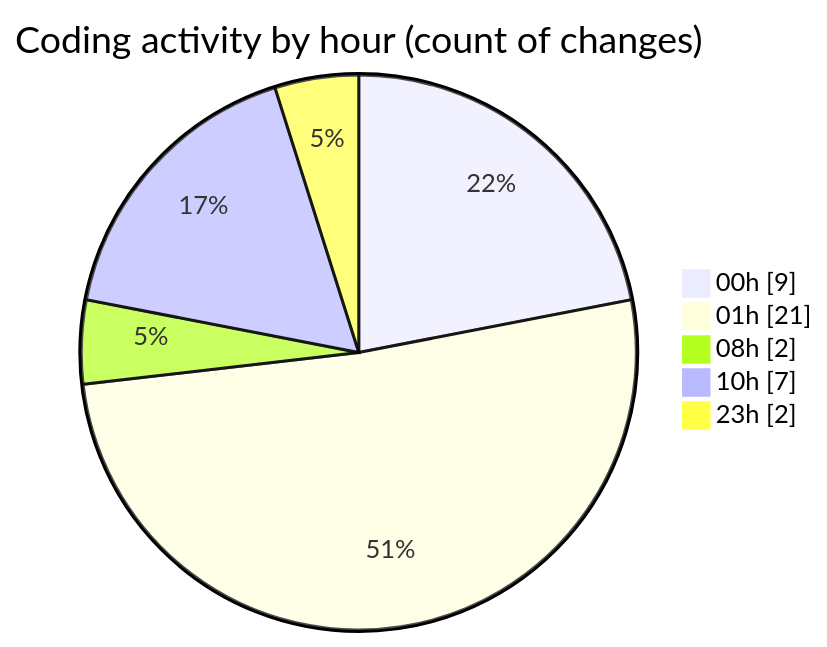
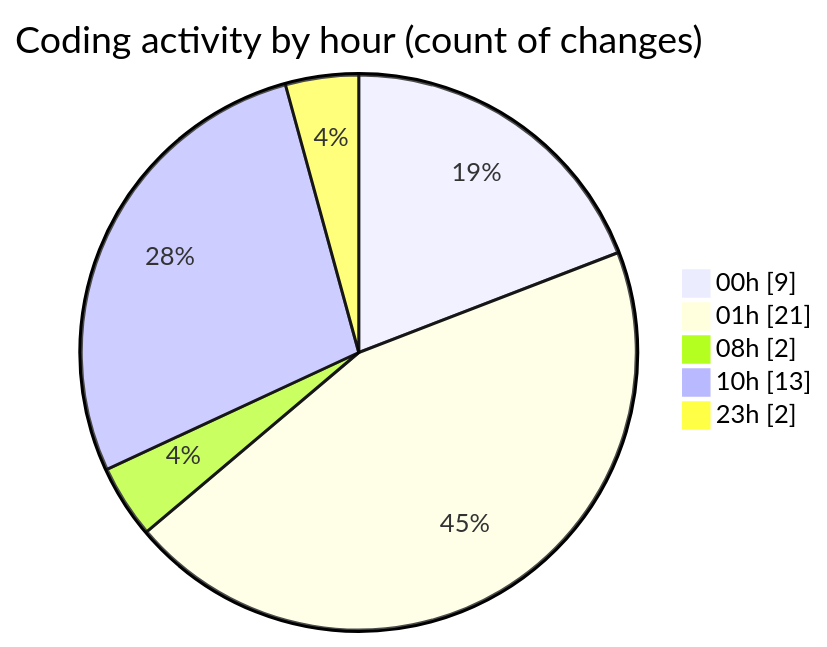
The second of 2 diagrams in 2025-01-31/react/README.md (Elitesun/code-tracking), drawn with Mermaid before and after one commit. The commit also changed other lines of this file and 1 other file, not shown here.

````diff
--- a/2025-01-31/react/README.md
+++ b/2025-01-31/react/README.md
@@ -37,9 +40,9 @@
 ```mermaid
 pie showData
 title Coding activity by hour (count of changes)
 "00h" : 9
 "01h" : 21
 "08h" : 2
-"10h" : 7
+"10h" : 13
 "23h" : 2
 ```
````
